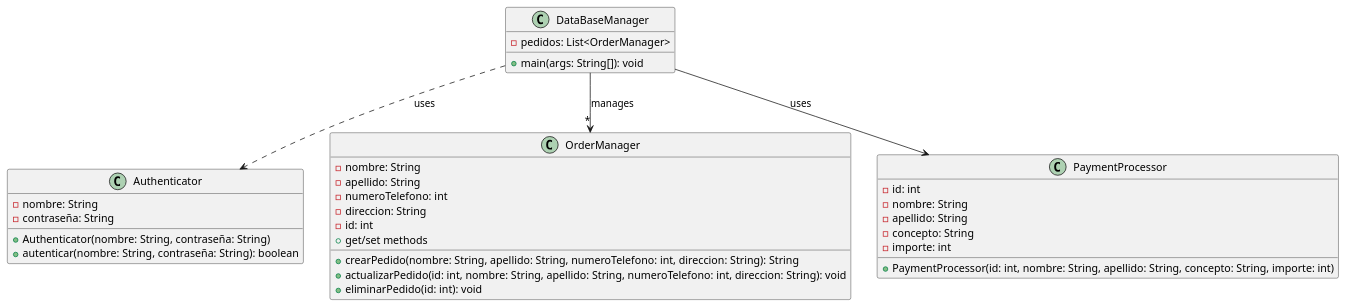
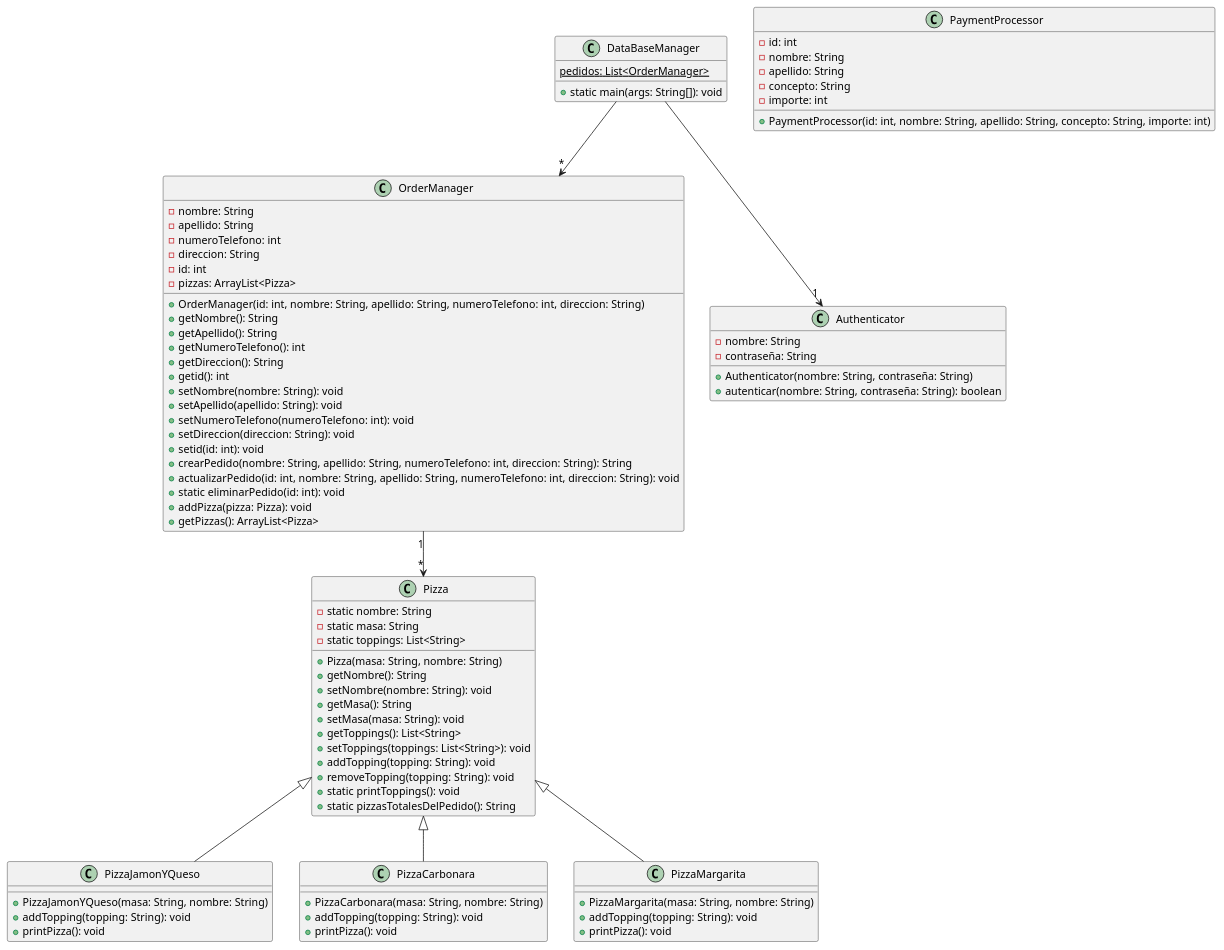
One commit to Tapiiaa/PruebaSOLID_Tapia_Pedro_2023-2024 changed the diagram in src/Ejercicio2/UML2.puml. Above: the diagram before and after it, drawn with PlantUML. The commit also changed other lines of this file and 1 other file, not shown here.

Commit message:
uml Terminado

```diff
--- a/src/Ejercicio2/UML2.puml
+++ b/src/Ejercicio2/UML2.puml
@@ -1,41 +1,91 @@
 @startuml
 
+class Pizza {
+    - static nombre: String
+    - static masa: String
+    - static toppings: List<String>
+    + Pizza(masa: String, nombre: String)
+    + getNombre(): String
+    + setNombre(nombre: String): void
+    + getMasa(): String
+    + setMasa(masa: String): void
+    + getToppings(): List<String>
+    + setToppings(toppings: List<String>): void
+    + addTopping(topping: String): void
+    + removeTopping(topping: String): void
+    + static printToppings(): void
+    + static pizzasTotalesDelPedido(): String
+}
 
-class Authenticator {
-  -nombre: String
-  -contraseña: String
-  +Authenticator(nombre: String, contraseña: String)
-  +autenticar(nombre: String, contraseña: String): boolean
+class PizzaJamonYQueso {
+    + PizzaJamonYQueso(masa: String, nombre: String)
+    + addTopping(topping: String): void
+    + printPizza(): void
+}
+
+class PizzaCarbonara {
+    + PizzaCarbonara(masa: String, nombre: String)
+    + addTopping(topping: String): void
+    + printPizza(): void
+}
+
+class PizzaMargarita {
+    + PizzaMargarita(masa: String, nombre: String)
+    + addTopping(topping: String): void
+    + printPizza(): void
+}
+
+class OrderManager {
+    - nombre: String
+    - apellido: String
+    - numeroTelefono: int
+    - direccion: String
+    - id: int
+    - pizzas: ArrayList<Pizza>
+    + OrderManager(id: int, nombre: String, apellido: String, numeroTelefono: int, direccion: String)
+    + getNombre(): String
+    + getApellido(): String
+    + getNumeroTelefono(): int
+    + getDireccion(): String
+    + getid(): int
+    + setNombre(nombre: String): void
+    + setApellido(apellido: String): void
+    + setNumeroTelefono(numeroTelefono: int): void
+    + setDireccion(direccion: String): void
+    + setid(id: int): void
+    + crearPedido(nombre: String, apellido: String, numeroTelefono: int, direccion: String): String
+    + actualizarPedido(id: int, nombre: String, apellido: String, numeroTelefono: int, direccion: String): void
+    + static eliminarPedido(id: int): void
+    + addPizza(pizza: Pizza): void
+    + getPizzas(): ArrayList<Pizza>
 }
 
 class DataBaseManager {
-  -pedidos: List<OrderManager>
-  +main(args: String[]): void
+    {static} pedidos: List<OrderManager>
+    + static main(args: String[]): void
 }
 
-DataBaseManager ..> Authenticator : uses
-DataBaseManager --> "*" OrderManager : manages
-DataBaseManager --> PaymentProcessor : uses
-
-class OrderManager {
-  -nombre: String
-  -apellido: String
-  -numeroTelefono: int
-  -direccion: String
-  -id: int
-  +get/set methods
-  +crearPedido(nombre: String, apellido: String, numeroTelefono: int, direccion: String): String
-  +actualizarPedido(id: int, nombre: String, apellido: String, numeroTelefono: int, direccion: String): void
-  +eliminarPedido(id: int): void
+class Authenticator {
+    - nombre: String
+    - contraseña: String
+    + Authenticator(nombre: String, contraseña: String)
+    + autenticar(nombre: String, contraseña: String): boolean
 }
 
 class PaymentProcessor {
-  -id: int
-  -nombre: String
-  -apellido: String
-  -concepto: String
-  -importe: int
-  +PaymentProcessor(id: int, nombre: String, apellido: String, concepto: String, importe: int)
+    - id: int
+    - nombre: String
+    - apellido: String
+    - concepto: String
+    - importe: int
+    + PaymentProcessor(id: int, nombre: String, apellido: String, concepto: String, importe: int)
 }
 
+Pizza <|-- PizzaJamonYQueso
+Pizza <|-- PizzaCarbonara
+Pizza <|-- PizzaMargarita
+DataBaseManager --> "1" Authenticator
+DataBaseManager --> "*" OrderManager
+OrderManager "1" --> "*" Pizza
+
 @enduml
```
